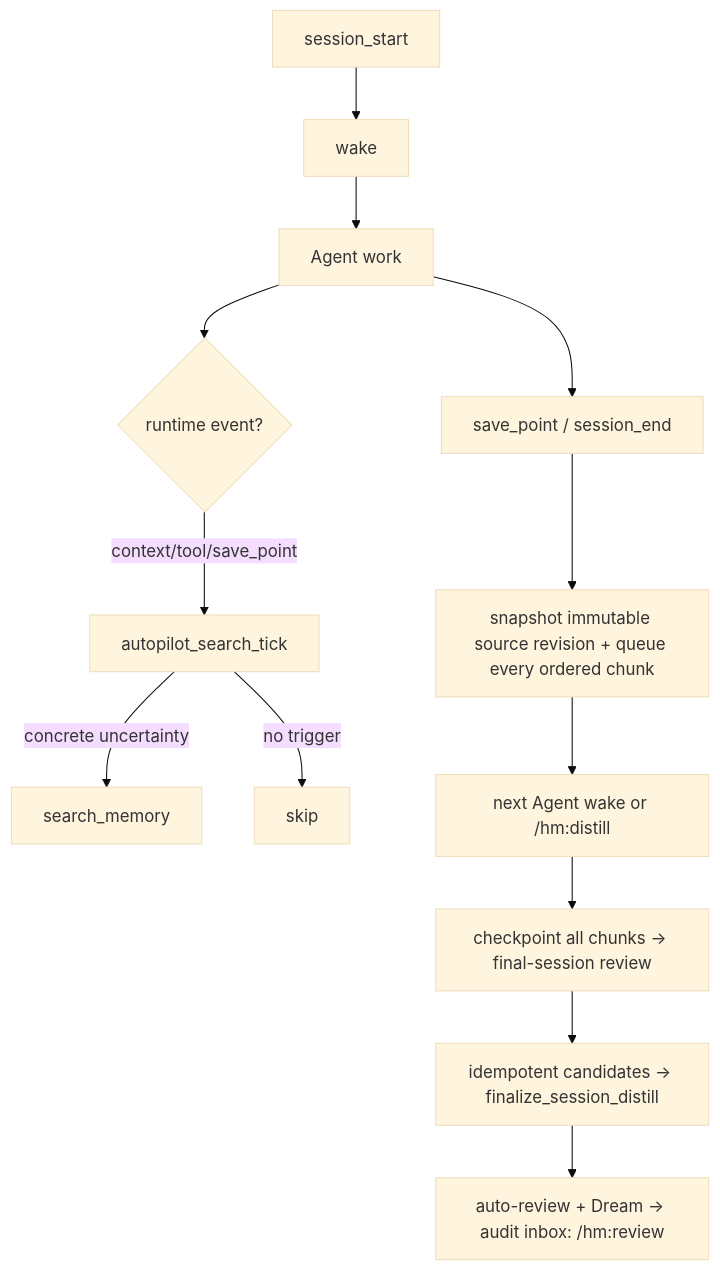
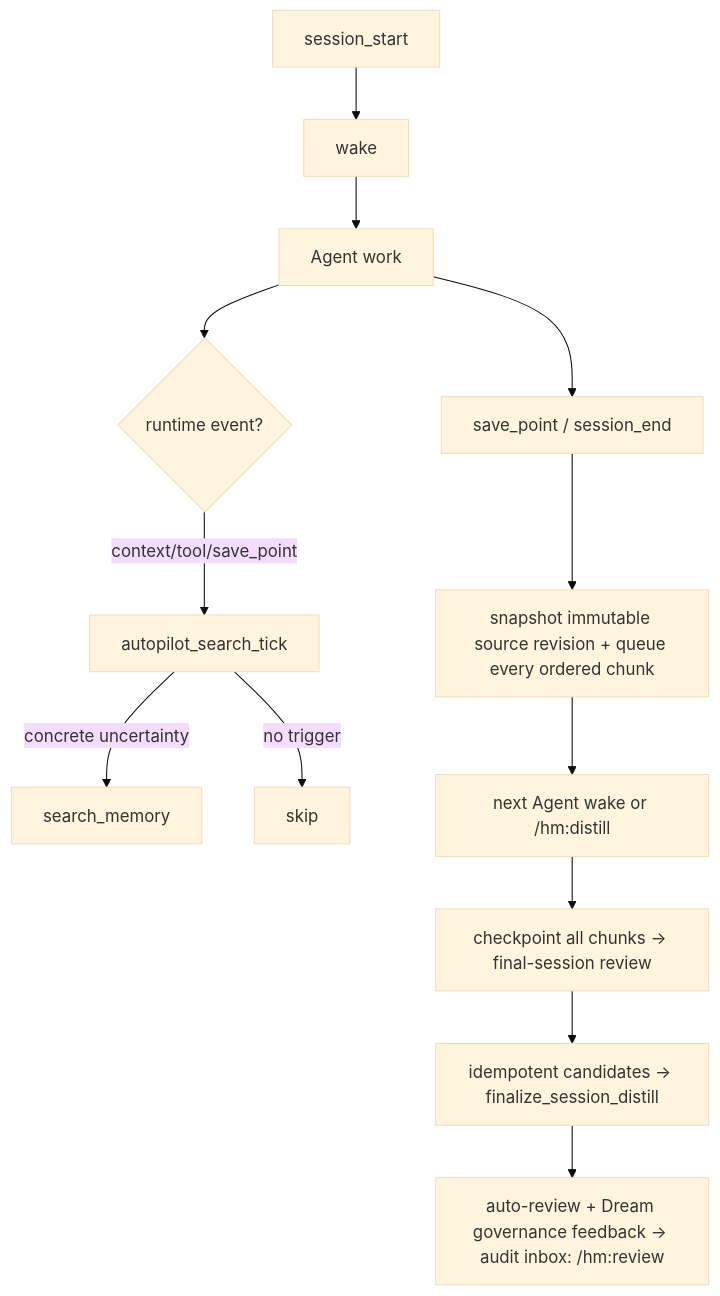
One commit to manhua-man/harness-mem changed the diagram in docs/autopilot-search-policy.md. Above: the diagram before and after it, drawn with Mermaid (base theme). The commit also changed other lines of this file and 19 other files, not shown here.

````diff
--- a/docs/autopilot-search-policy.md
+++ b/docs/autopilot-search-policy.md
@@ -7,15 +16,15 @@
 ```mermaid
 graph TD
     A["session_start"] --> B["wake"]
     B --> C["Agent work"]
     C --> D{"runtime event?"}
     D -->|context/tool/save_point| E["autopilot_search_tick"]
     E -->|concrete uncertainty| F["search_memory"]
     E -->|no trigger| G["skip"]
     C --> H["save_point / session_end"]
     H --> I["snapshot immutable source revision + queue every ordered chunk"]
     I --> J["next Agent wake or /hm:distill"]
     J --> K["checkpoint all chunks -> final-session review"]
     K --> M["idempotent candidates -> finalize_session_distill"]
-    M --> L["auto-review + Dream -> audit inbox: /hm:review"]
+    M --> L["auto-review + Dream governance feedback -> audit inbox: /hm:review"]
 ```
````
